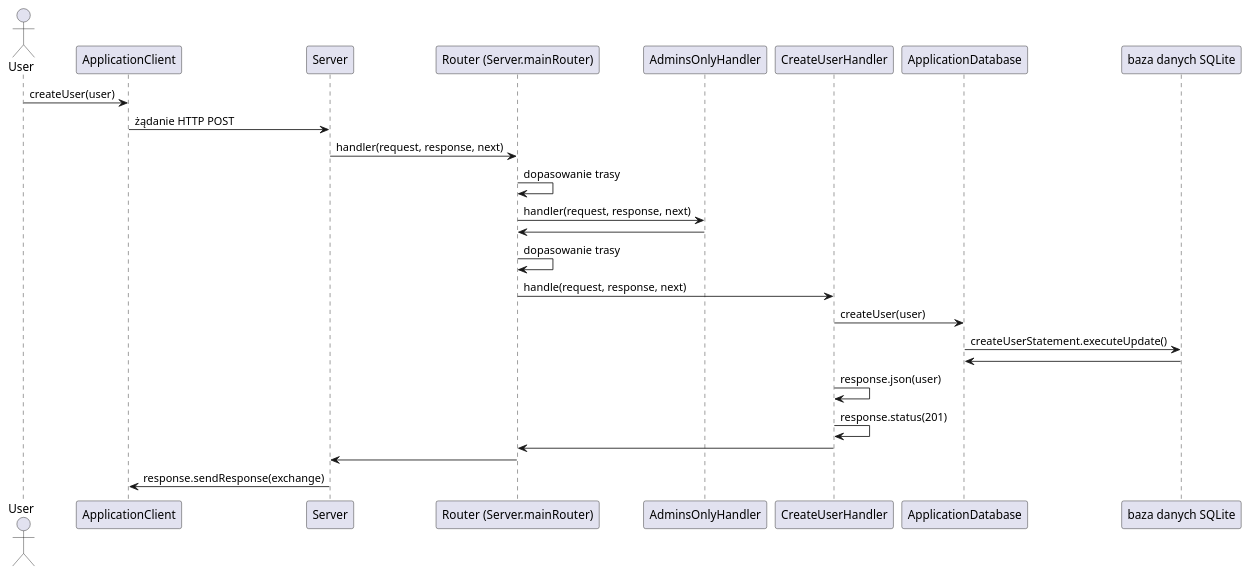
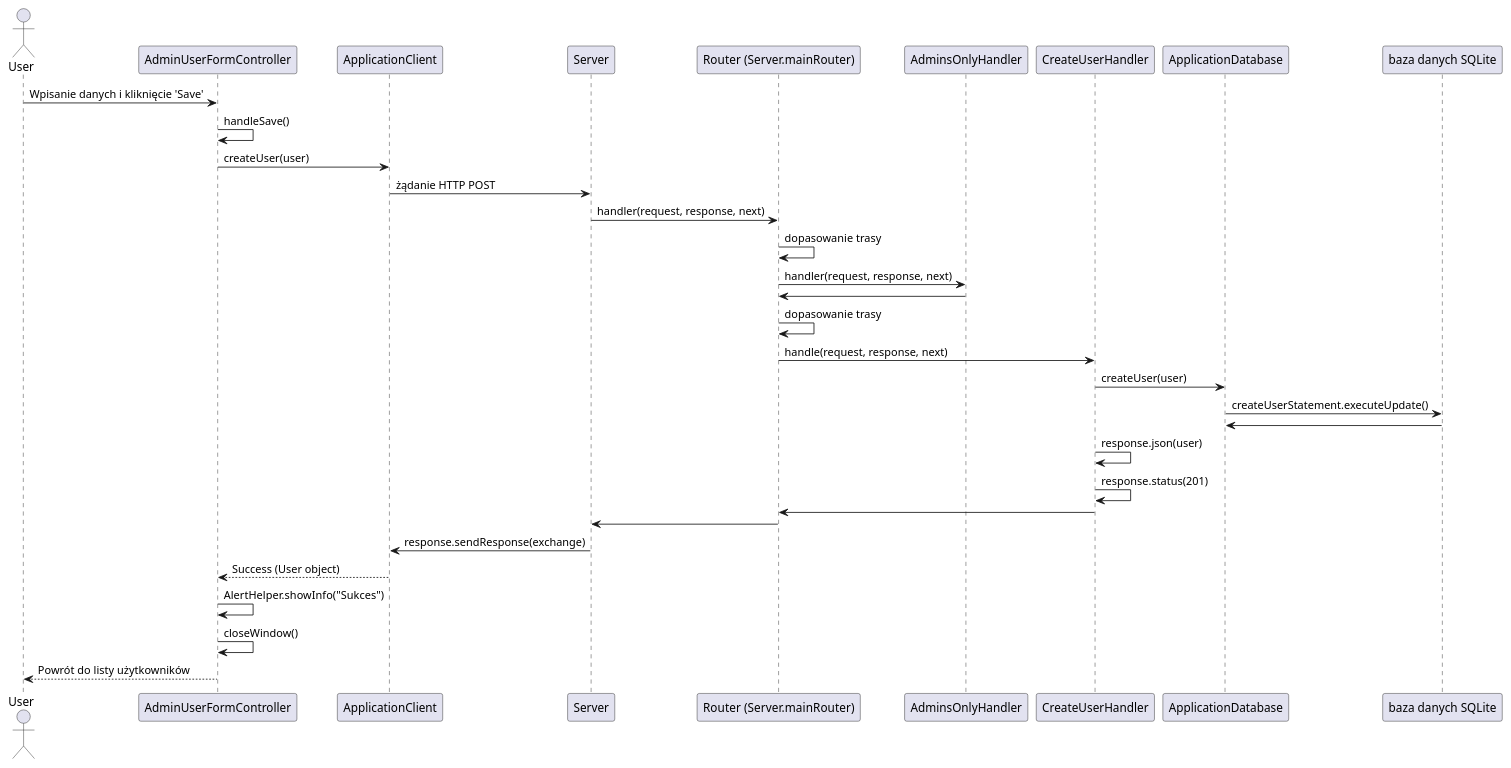
Before and after one commit to Mac14101/po2025: the third of 5 diagrams in readme.md, drawn with PlantUML. The commit also changed other lines of this file, not shown here.

Commit message:
uzupelnienie diagramow o GUI

````diff
--- a/readme.md
+++ b/readme.md
@@ -95,28 +102,36 @@
 ```plantuml
 @startuml
 actor User
+participant "AdminUserFormController" as GUI
 participant ApplicationClient
 participant Server
 participant Router as "Router (Server.mainRouter)"
 participant AdminsOnlyHandler
 participant CreateUserHandler
 participant ApplicationDatabase
 participant Database as "baza danych SQLite"
-User -> ApplicationClient : createUser(user)
+
+User -> GUI : Wpisanie danych i kliknięcie 'Save'
+GUI -> GUI : handleSave()
+GUI -> ApplicationClient : createUser(user)
 ApplicationClient -> Server : żądanie HTTP POST
 Server -> Router : handler(request, response, next)
 Router -> Router : dopasowanie trasy
 Router -> AdminsOnlyHandler : handler(request, response, next)
 AdminsOnlyHandler -> Router
 Router -> Router : dopasowanie trasy
 Router -> CreateUserHandler : handle(request, response, next)
 CreateUserHandler -> ApplicationDatabase : createUser(user)
 ApplicationDatabase -> Database : createUserStatement.executeUpdate()
 Database -> ApplicationDatabase
 CreateUserHandler -> CreateUserHandler : response.json(user)
 CreateUserHandler -> CreateUserHandler : response.status(201)
 CreateUserHandler -> Router
 Router -> Server
 Server -> ApplicationClient : response.sendResponse(exchange)
+ApplicationClient --> GUI : Success (User object)
+GUI -> GUI : AlertHelper.showInfo("Sukces")
+GUI -> GUI : closeWindow()
+GUI --> User : Powrót do listy użytkowników
 @enduml
 ```
````
